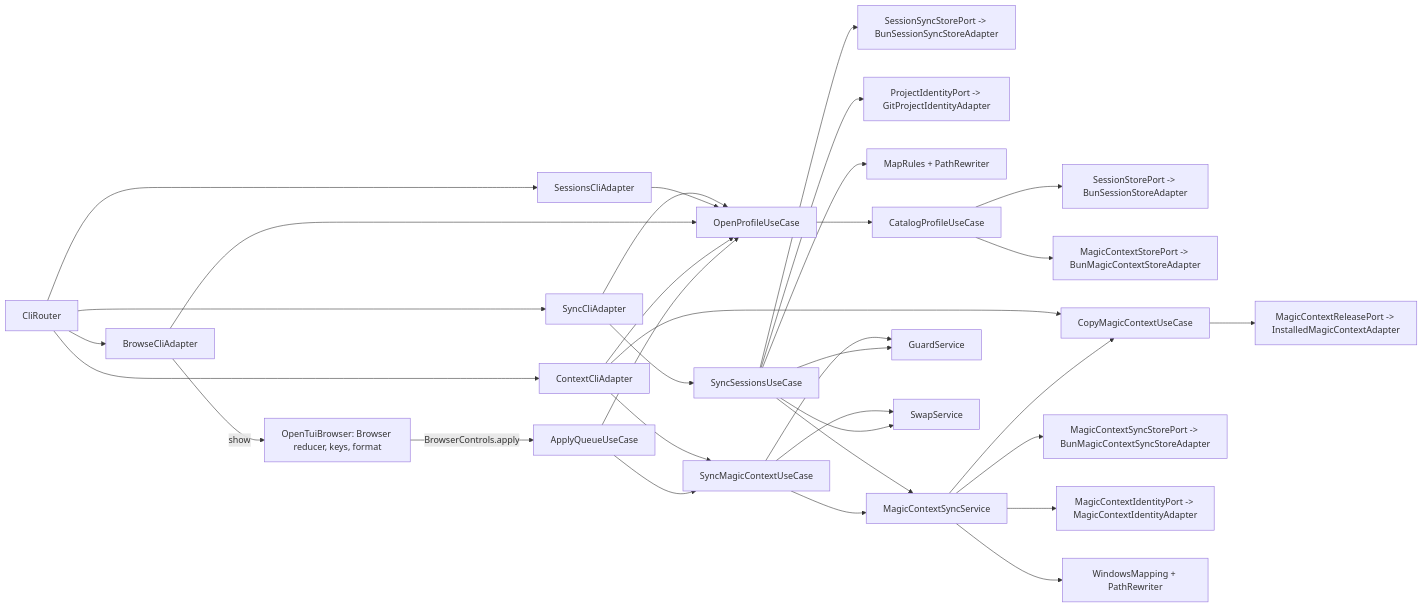
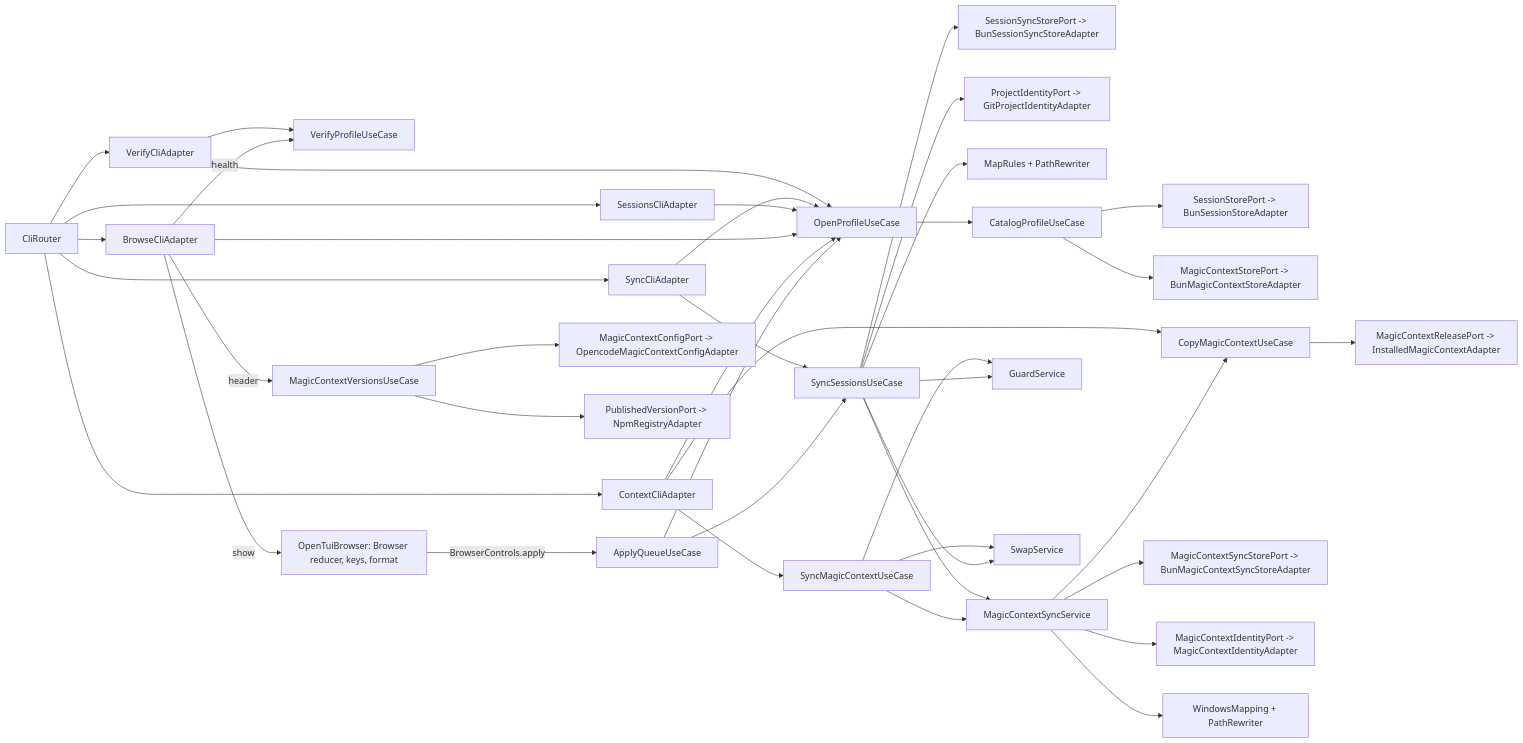
Before and after one commit to mavasbel-devtools/opencode-session-manager: the third of 3 diagrams in README.md, drawn with Mermaid. The commit also changed other lines of this file and 27 other files, not shown here.

First line of the commit message:
feat(tui): header with the Magic Context OpenCode loads and the newest on npm

````diff
--- a/README.md
+++ b/README.md
@@ -464,35 +472,42 @@
 ```mermaid
 flowchart LR
     ROUTER[CliRouter] --> SC[SessionsCliAdapter]
     ROUTER --> XC[ContextCliAdapter]
     ROUTER --> BC[BrowseCliAdapter]
     ROUTER --> YC[SyncCliAdapter]
+    ROUTER --> VC[VerifyCliAdapter]
+    VC --> OP
+    VC --> VF
     YC --> OP
     YC --> SY[SyncSessionsUseCase]
     SY --> SST[SessionSyncStorePort -> BunSessionSyncStoreAdapter]
     SY --> PI[ProjectIdentityPort -> GitProjectIdentityAdapter]
     SY --> MR[MapRules + PathRewriter]
     SY --> MB
     BC -->|show| TUI[OpenTuiBrowser: Browser reducer, keys, format]
     TUI -->|BrowserControls.apply| AQ[ApplyQueueUseCase]
+    AQ --> SY
+    BC -->|health| VF[VerifyProfileUseCase]
+    BC -->|header| MV[MagicContextVersionsUseCase]
+    MV --> MCC[MagicContextConfigPort -> OpencodeMagicContextConfigAdapter]
+    MV --> NPM[PublishedVersionPort -> NpmRegistryAdapter]
     SC --> OP[OpenProfileUseCase]
     BC --> OP
     XC --> OP
     OP --> CAT[CatalogProfileUseCase]
     CAT --> SS[SessionStorePort -> BunSessionStoreAdapter]
     CAT --> MCS[MagicContextStorePort -> BunMagicContextStoreAdapter]
     XC --> CM[CopyMagicContextUseCase]
     XC --> SM[SyncMagicContextUseCase]
-    AQ --> SM
     AQ --> OP
     SM --> MB[MagicContextSyncService]
     MB --> CM
     CM --> REL[MagicContextReleasePort -> InstalledMagicContextAdapter]
     MB --> SYS[MagicContextSyncStorePort -> BunMagicContextSyncStoreAdapter]
     MB --> MID[MagicContextIdentityPort -> MagicContextIdentityAdapter]
     MB --> WM[WindowsMapping + PathRewriter]
     SM --> GD[GuardService]
     SM --> SW[SwapService]
     SY --> GD
     SY --> SW
 ```
````
